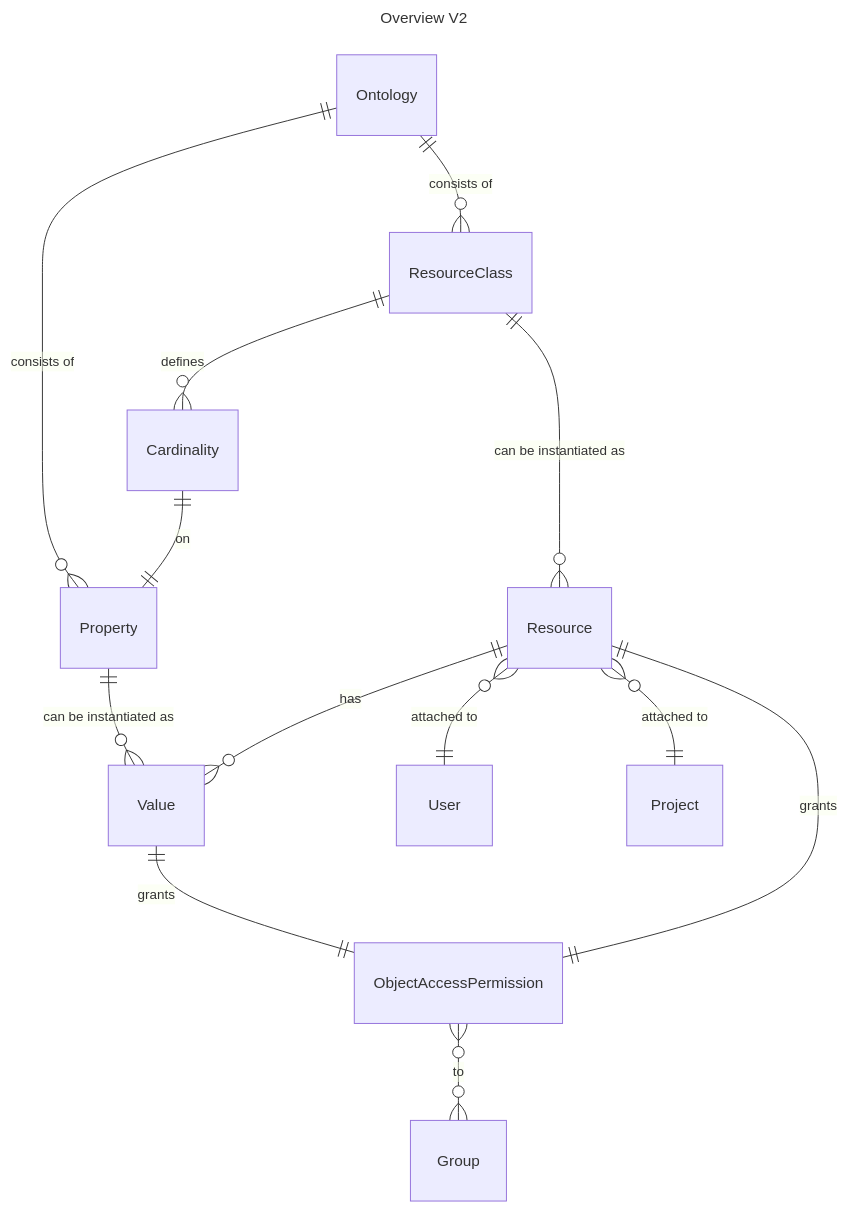
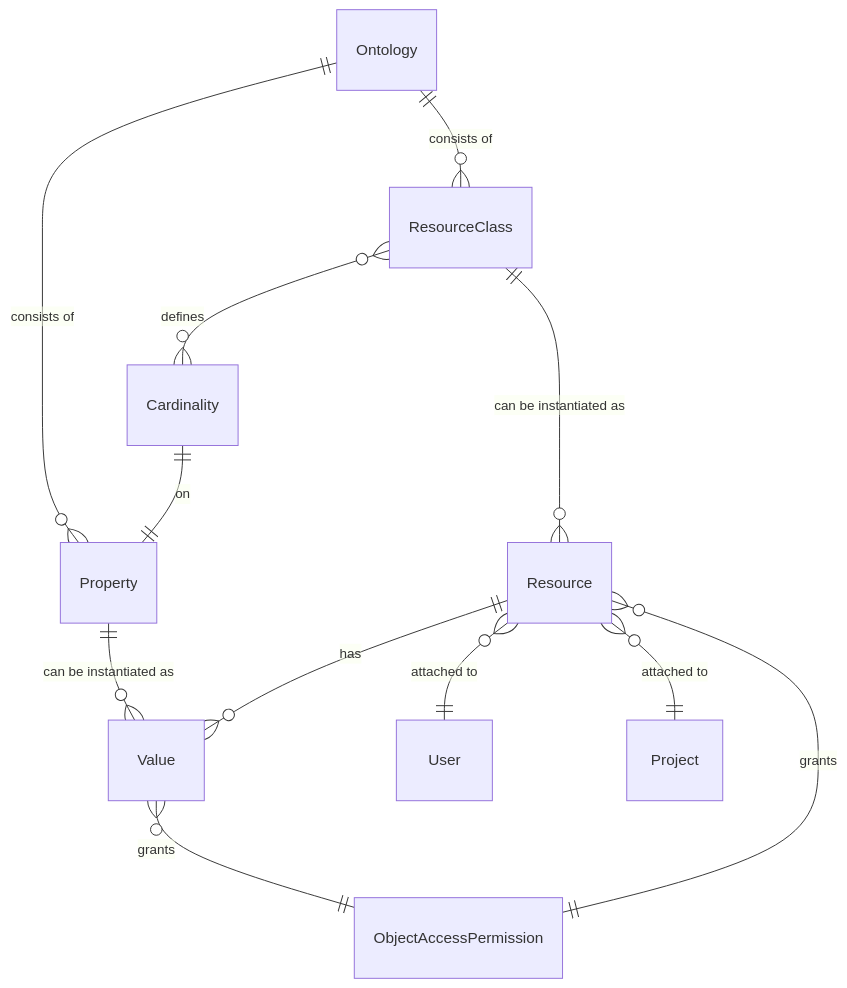
One commit to dasch-swiss/dsp-api changed the second of 4 diagrams in docs/05-internals/design/domain/domain-entities-and-relations.md. Above: the diagram before and after it, drawn with Mermaid. The commit also changed other lines of this file, not shown here.

````diff
--- a/docs/05-internals/design/domain/domain-entities-and-relations.md
+++ b/docs/05-internals/design/domain/domain-entities-and-relations.md
@@ -105,18 +104,14 @@
 ```mermaid
----
-title: Overview V2
----
 erDiagram
     Ontology ||--o{ ResourceClass: "consists of"
     Ontology ||--o{ Property: "consists of"
-    ResourceClass ||--o{ Cardinality: defines
+    ResourceClass o{--o{ Cardinality: defines
     Cardinality ||--|| Property: on
     ResourceClass ||--o{ Resource: "can be instantiated as"
     Property ||--o{ Value: "can be instantiated as"
     Resource ||--o{ Value: has
-    Value ||--|| ObjectAccessPermission: grants
-    Resource ||--|| ObjectAccessPermission: grants
-    ObjectAccessPermission }o--o{ Group: "to"
+    Value }o--|| ObjectAccessPermission: grants
+    Resource }o--|| ObjectAccessPermission: grants
     Resource }o--|| User: "attached to"
     Resource }o--|| Project: "attached to"
 ```
````
